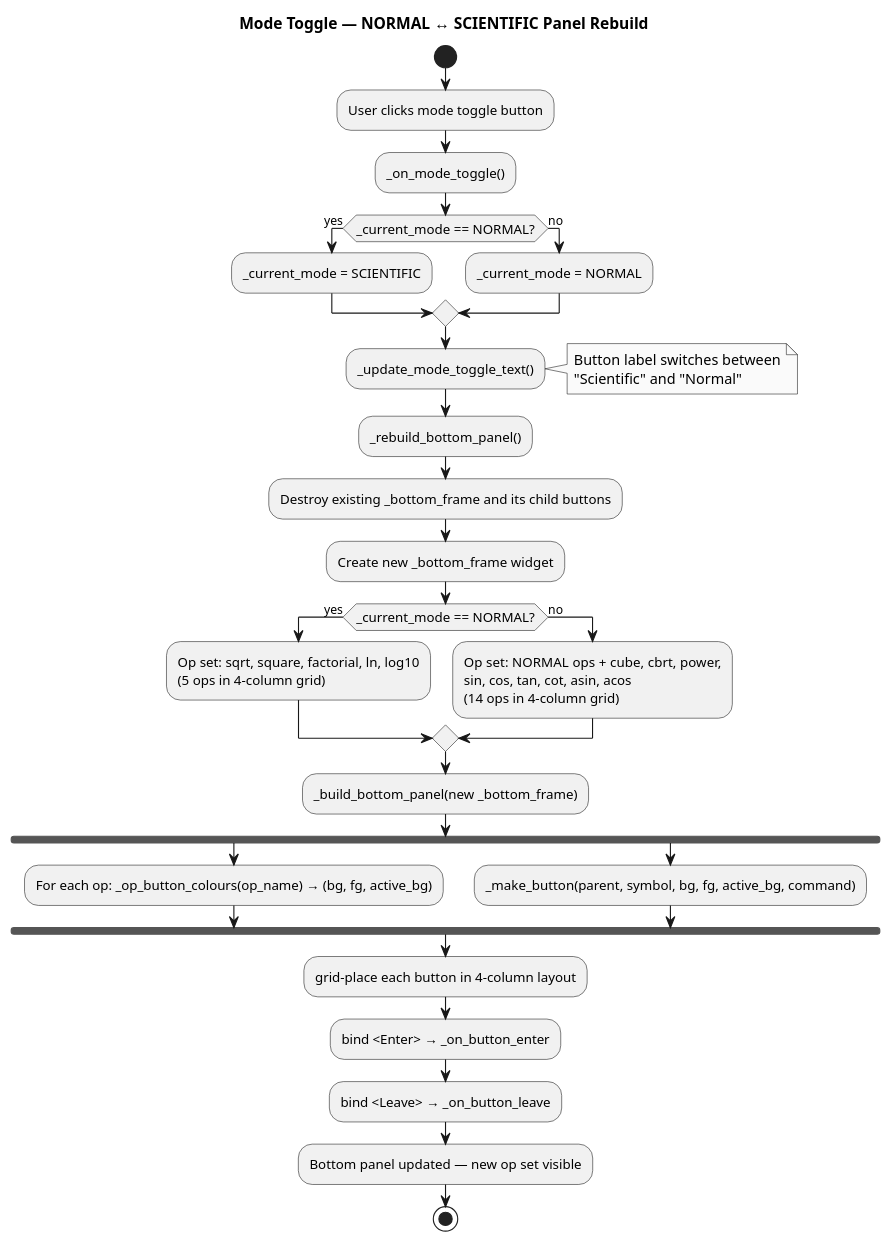
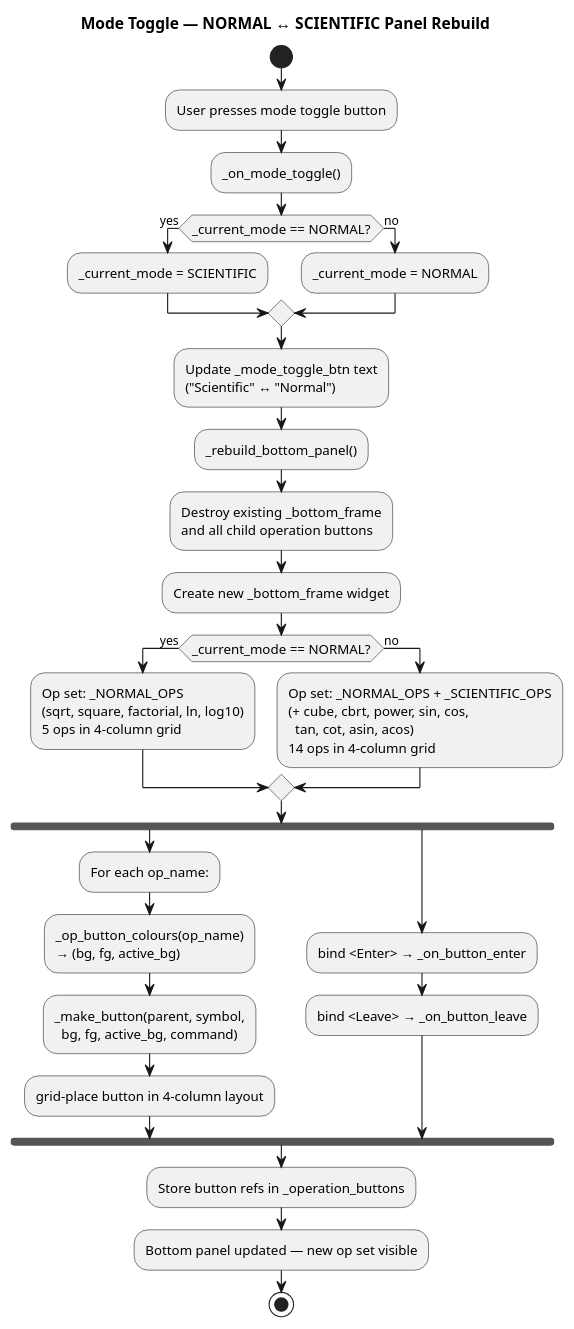
One commit to DanielRiha8906/Calculator_bachelor_autoevolution_team changed the diagram in artifacts/activity_mode_toggle.puml. Above: the diagram before and after it, drawn with PlantUML. The commit also changed 5 other files, not shown here.

Commit message:
docs: add PlantUML diagrams for iOS-style GuiCalculator redesign (issue #465)

```diff
--- a/artifacts/activity_mode_toggle.puml
+++ b/artifacts/activity_mode_toggle.puml
@@ -1,54 +1,48 @@
 @startuml
 skinparam monochrome true
 skinparam shadowing false
 skinparam activityFontSize 12
 title Mode Toggle — NORMAL ↔ SCIENTIFIC Panel Rebuild
 
 start
 
-:User clicks mode toggle button;
+:User presses mode toggle button;
 
 :_on_mode_toggle();
 
 if (_current_mode == NORMAL?) then (yes)
     :_current_mode = SCIENTIFIC;
 else (no)
     :_current_mode = NORMAL;
 endif
 
-:_update_mode_toggle_text();
-
-note right
-  Button label switches between
-  "Scientific" and "Normal"
-end note
+:Update _mode_toggle_btn text\n("Scientific" ↔ "Normal");
 
 :_rebuild_bottom_panel();
 
-:Destroy existing _bottom_frame and its child buttons;
+:Destroy existing _bottom_frame\nand all child operation buttons;
 
 :Create new _bottom_frame widget;
 
 if (_current_mode == NORMAL?) then (yes)
-    :Op set: sqrt, square, factorial, ln, log10\n(5 ops in 4-column grid);
+    :Op set: _NORMAL_OPS\n(sqrt, square, factorial, ln, log10)\n5 ops in 4-column grid;
 else (no)
-    :Op set: NORMAL ops + cube, cbrt, power,\nsin, cos, tan, cot, asin, acos\n(14 ops in 4-column grid);
+    :Op set: _NORMAL_OPS + _SCIENTIFIC_OPS\n(+ cube, cbrt, power, sin, cos,\n  tan, cot, asin, acos)\n14 ops in 4-column grid;
 endif
 
-:_build_bottom_panel(new _bottom_frame);
-
 fork
-    :For each op: _op_button_colours(op_name) → (bg, fg, active_bg);
+    :For each op_name:;
+    :_op_button_colours(op_name)\n→ (bg, fg, active_bg);
+    :_make_button(parent, symbol,\n  bg, fg, active_bg, command);
+    :grid-place button in 4-column layout;
 fork again
-    :_make_button(parent, symbol, bg, fg, active_bg, command);
+    :bind <Enter> → _on_button_enter;
+    :bind <Leave> → _on_button_leave;
 end fork
 
-:grid-place each button in 4-column layout;
-
-:bind <Enter> → _on_button_enter;
-:bind <Leave> → _on_button_leave;
+:Store button refs in _operation_buttons;
 
 :Bottom panel updated — new op set visible;
 
 stop
 @enduml
```
